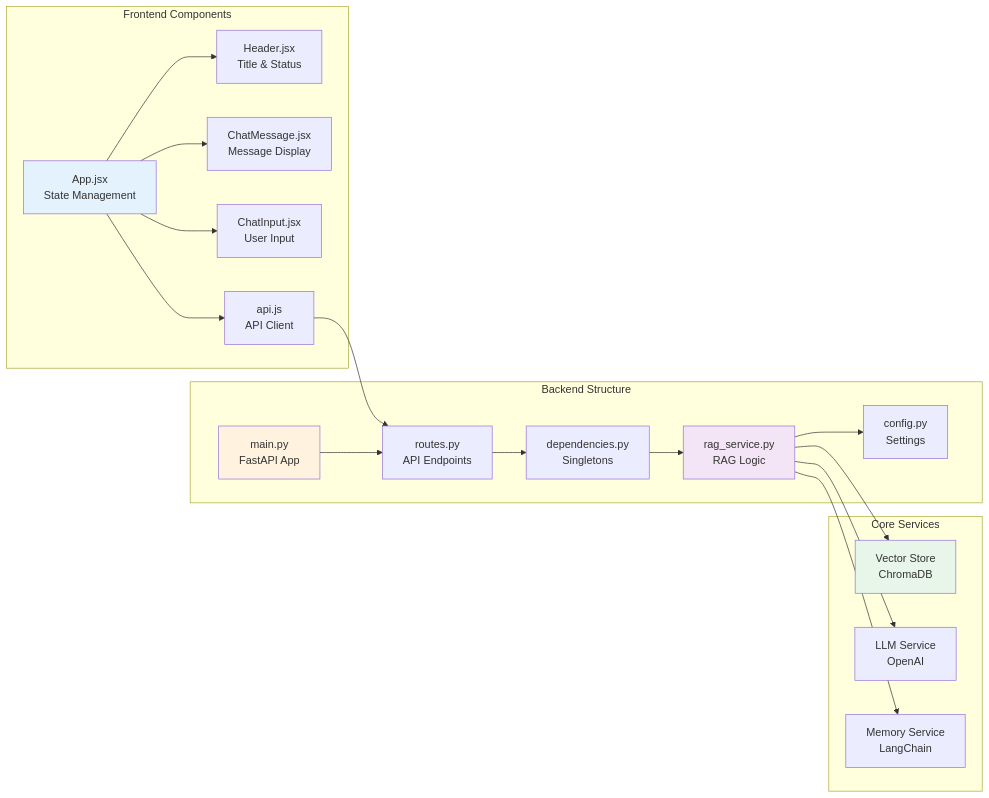
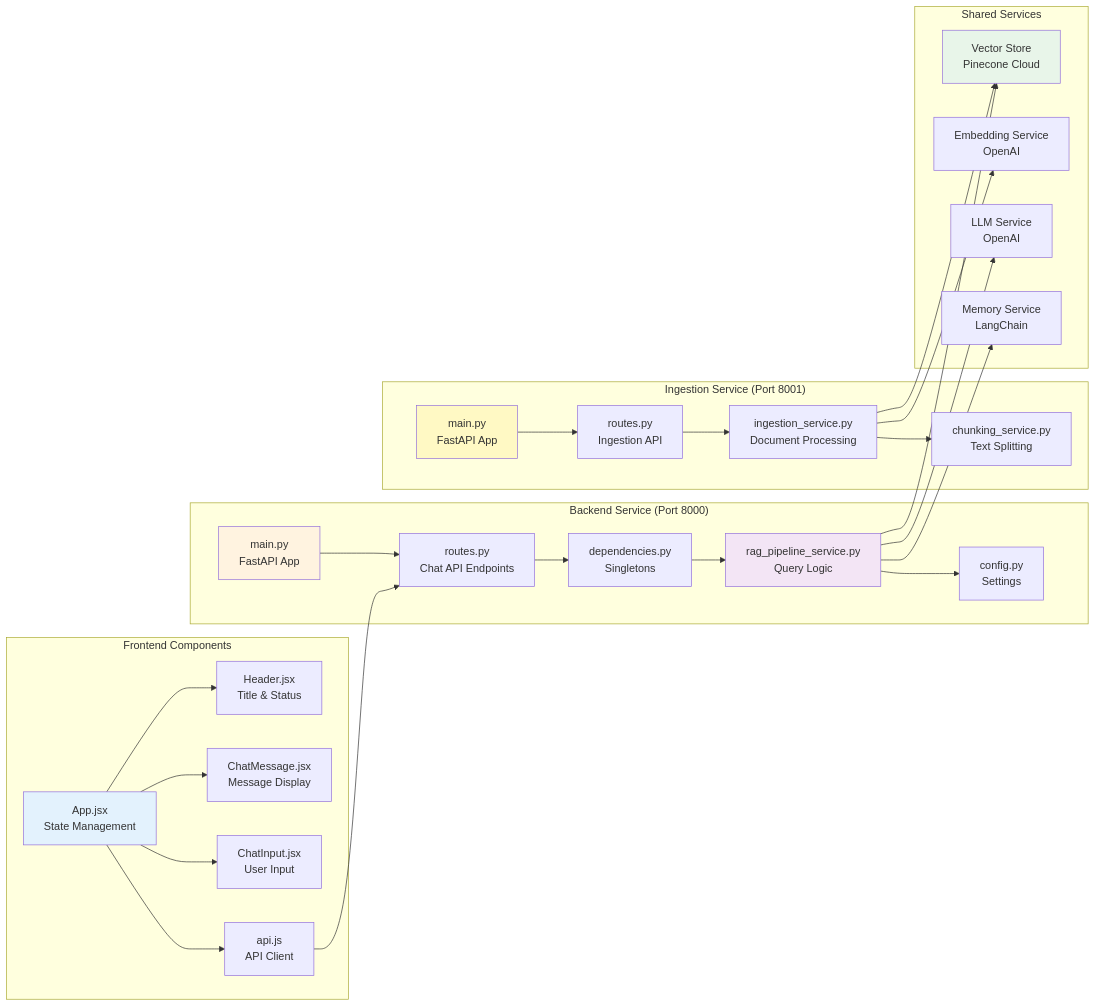
One commit to NinobraV/knowra-onboarding-agent changed the fourth of 9 diagrams in README.md. Above: the diagram before and after it, drawn with Mermaid. The commit also changed other lines of this file and 22 other files, not shown here.

Commit message:
feat: separate data ingestion into dedicated service

````diff
--- a/README.md
+++ b/README.md
@@ -198,43 +202,58 @@
 ```mermaid
 graph LR
     subgraph "Frontend Components"
         APP[App.jsx<br/>State Management]
         HEADER[Header.jsx<br/>Title & Status]
         MESSAGE[ChatMessage.jsx<br/>Message Display]
         INPUT[ChatInput.jsx<br/>User Input]
         API[api.js<br/>API Client]
     end
     
-    subgraph "Backend Structure"
+    subgraph "Backend Service (Port 8000)"
         MAIN[main.py<br/>FastAPI App]
-        ROUTES_B[routes.py<br/>API Endpoints]
-        RAG_SVC[rag_service.py<br/>RAG Logic]
+        ROUTES_B[routes.py<br/>Chat API Endpoints]
+        RAG_SVC[rag_pipeline_service.py<br/>Query Logic]
         CONFIG[config.py<br/>Settings]
         DEPS_B[dependencies.py<br/>Singletons]
     end
     
-    subgraph "Core Services"
-        VECTOR[Vector Store<br/>ChromaDB]
+    subgraph "Ingestion Service (Port 8001)"
+        ING_MAIN[main.py<br/>FastAPI App]
+        ING_ROUTES[routes.py<br/>Ingestion API]
+        ING_SVC[ingestion_service.py<br/>Document Processing]
+        CHUNK[chunking_service.py<br/>Text Splitting]
+    end
+    
+    subgraph "Shared Services"
+        VECTOR[Vector Store<br/>Pinecone Cloud]
+        EMBED_SVC[Embedding Service<br/>OpenAI]
         LLM_SVC[LLM Service<br/>OpenAI]
         MEM[Memory Service<br/>LangChain]
     end
     
     APP --> HEADER
     APP --> MESSAGE
     APP --> INPUT
     APP --> API
     API --> ROUTES_B
     
     MAIN --> ROUTES_B
     ROUTES_B --> DEPS_B
     DEPS_B --> RAG_SVC
     RAG_SVC --> CONFIG
     RAG_SVC --> VECTOR
     RAG_SVC --> LLM_SVC
     RAG_SVC --> MEM
     
+    ING_MAIN --> ING_ROUTES
+    ING_ROUTES --> ING_SVC
+    ING_SVC --> CHUNK
+    ING_SVC --> EMBED_SVC
+    ING_SVC --> VECTOR
+    
     style APP fill:#e3f2fd
     style MAIN fill:#fff3e0
+    style ING_MAIN fill:#fff9c4
     style RAG_SVC fill:#f3e5f5
     style VECTOR fill:#e8f5e9
 ```
````
